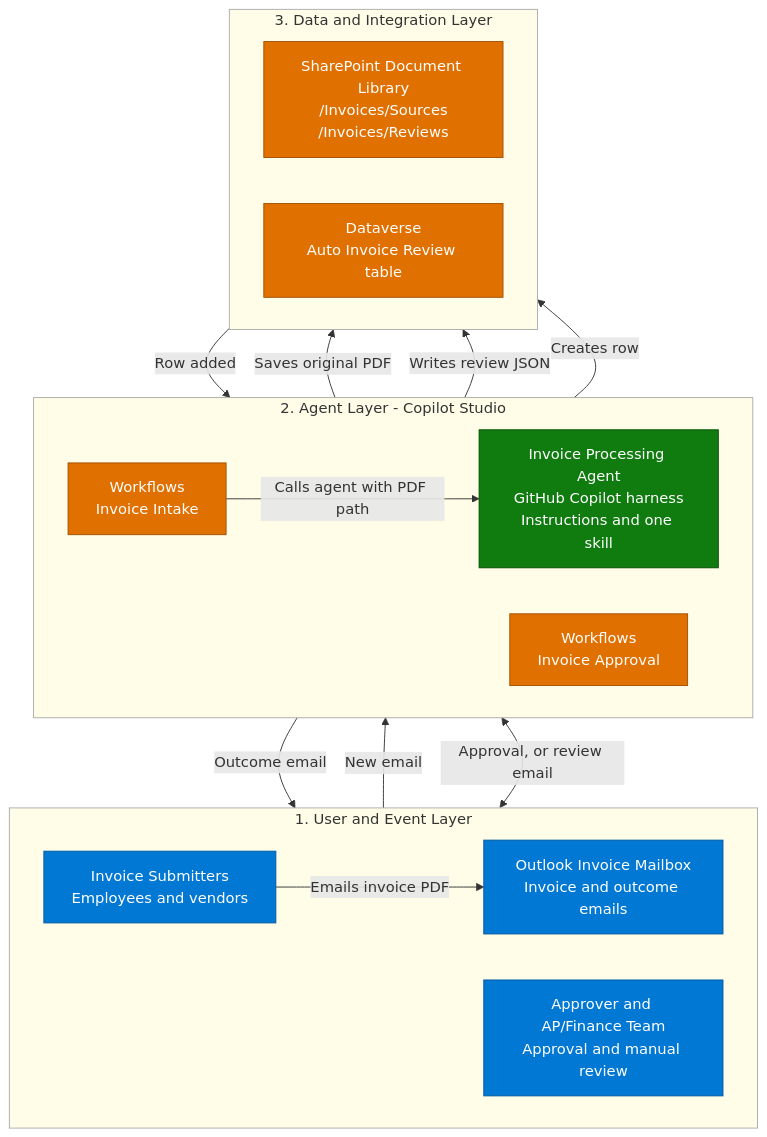
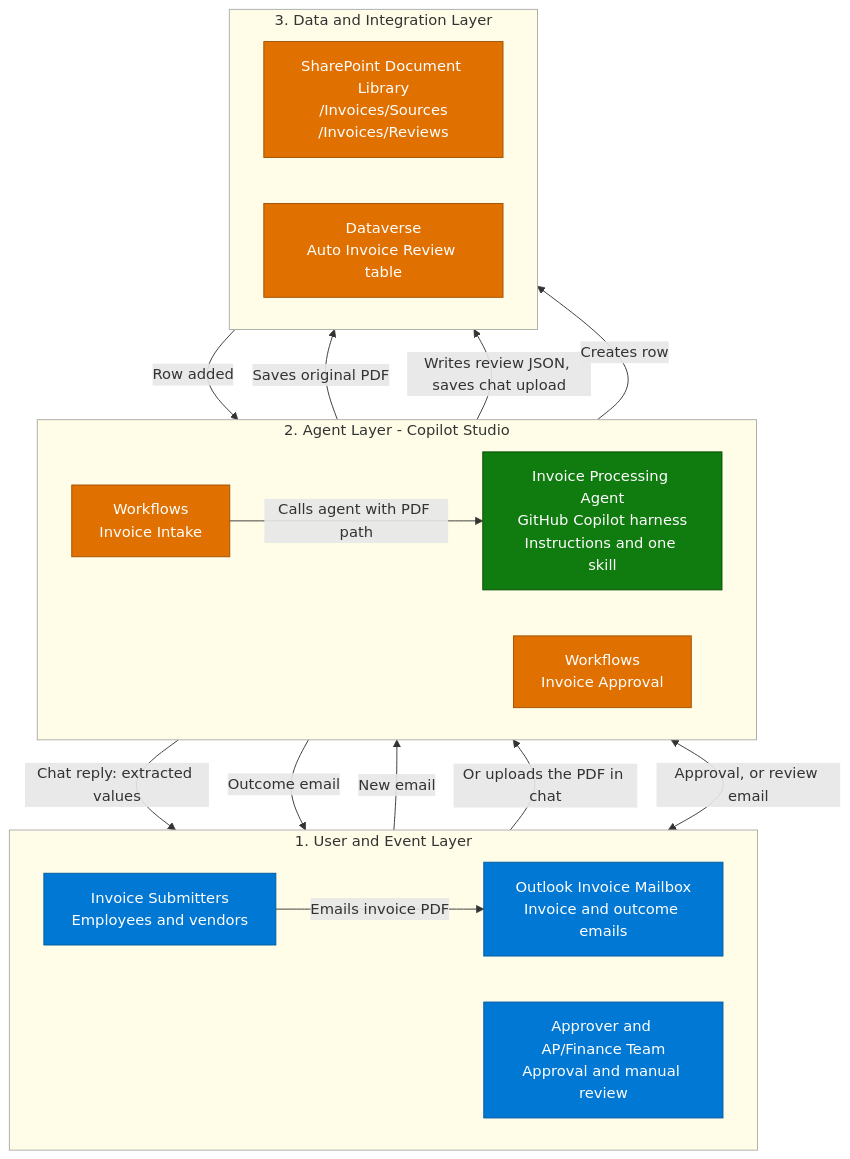
The first of 4 diagrams in 01-scenarios/Autonomous-Invoice-Orchestration-Agent-GHCP/2.Architecture.md (petepuu/ai-agent-runbooks), drawn with Mermaid before and after one commit. The commit also changed other lines of this file and 3 other files, not shown here.

First line of the commit message:
Add direct chat-upload path to diagrams and align docs

````diff
--- a/01-scenarios/Autonomous-Invoice-Orchestration-Agent-GHCP/2.Architecture.md
+++ b/01-scenarios/Autonomous-Invoice-Orchestration-Agent-GHCP/2.Architecture.md
@@ -13,42 +13,44 @@
 ```mermaid
 flowchart TB
     subgraph USER["1. User and Event Layer"]
         direction LR
         S["Invoice Submitters<br/>Employees and vendors"]
         M["Outlook Invoice Mailbox<br/>Invoice and outcome emails"]
         R["Approver and AP/Finance Team<br/>Approval and manual review"]
     end
     subgraph AGENT["2. Agent Layer - Copilot Studio"]
         direction LR
         WI["Workflows<br/>Invoice Intake"]
         A["Invoice Processing Agent<br/>GitHub Copilot harness<br/>Instructions and one skill"]
         WA["Workflows<br/>Invoice Approval"]
     end
     subgraph DATA["3. Data and Integration Layer"]
         direction LR
         SP["SharePoint Document Library<br/>/Invoices/Sources<br/>/Invoices/Reviews"]
         DV["Dataverse<br/>Auto Invoice Review table"]
     end
 
     S -->|"Emails invoice PDF"| M
     M -->|"New email"| WI
     WI -->|"Saves original PDF"| SP
     WI -->|"Calls agent with PDF path"| A
-    A -->|"Writes review JSON"| SP
+    S -->|"Or uploads the PDF in chat"| A
+    A -->|"Chat reply: extracted values"| S
+    A -->|"Writes review JSON, saves chat upload"| SP
     A -->|"Creates row"| DV
     DV -->|"Row added"| WA
     R <-->|"Approval, or review email"| WA
     WA -->|"Outcome email"| M
 
     style S fill:#0078D4,color:#fff,stroke:#005A9E
     style M fill:#0078D4,color:#fff,stroke:#005A9E
     style R fill:#0078D4,color:#fff,stroke:#005A9E
     style A fill:#107C10,color:#fff,stroke:#004B00
     style WI fill:#E07000,color:#fff,stroke:#A05000
     style WA fill:#E07000,color:#fff,stroke:#A05000
     style SP fill:#E07000,color:#fff,stroke:#A05000
     style DV fill:#E07000,color:#fff,stroke:#A05000
     style USER fill:#fffde7,stroke:#aaa
     style AGENT fill:#fffde7,stroke:#aaa
     style DATA fill:#fffde7,stroke:#aaa
 ```
````
